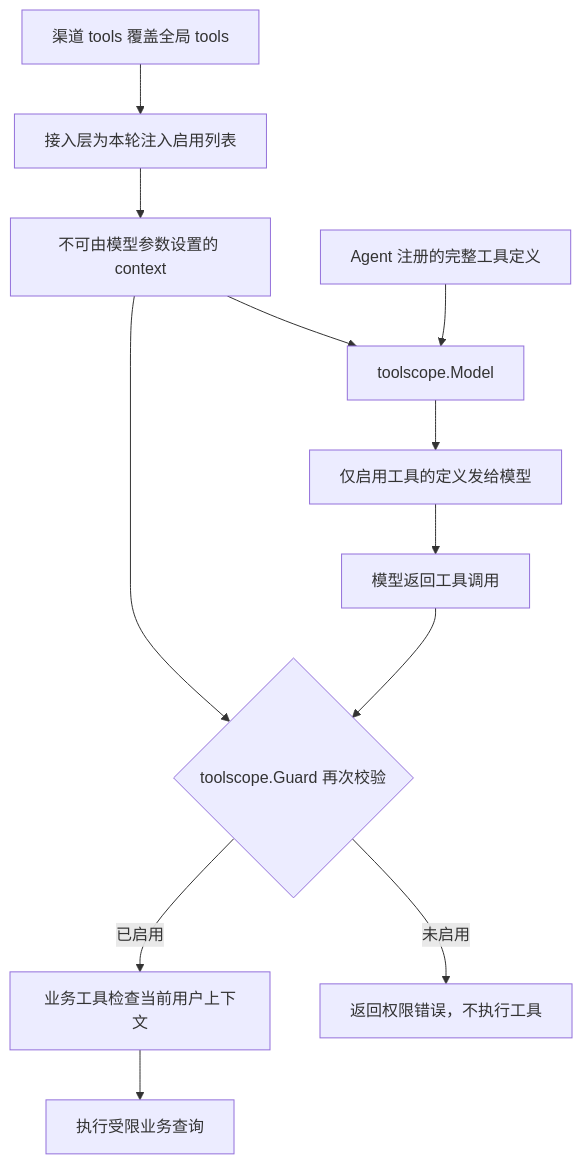
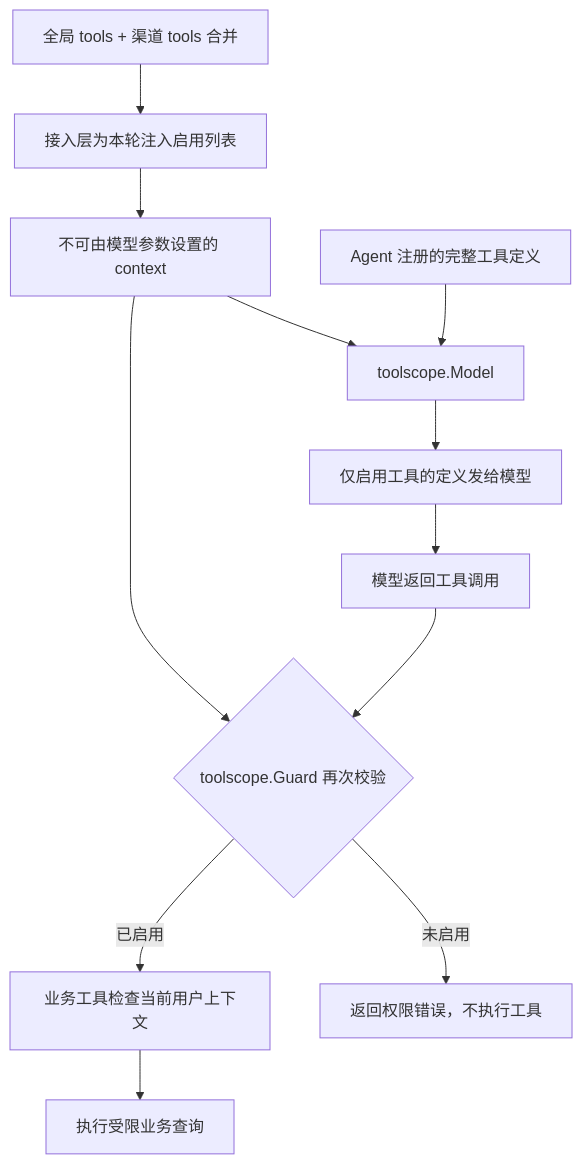
Before and after one commit to 111hell/tinkerbot: the fourth of 6 diagrams in docs/architecture.md, drawn with Mermaid. The commit also changed other lines of this file and 20 other files, not shown here.

````diff
--- a/docs/architecture.md
+++ b/docs/architecture.md
@@ -109,14 +109,14 @@
 ```mermaid
 flowchart TD
-    Config["渠道 tools 覆盖全局 tools"] --> Adapter["接入层为本轮注入启用列表"]
+    Config["全局 tools + 渠道 tools 合并"] --> Adapter["接入层为本轮注入启用列表"]
     Adapter --> Scope["不可由模型参数设置的 context"]
     Scope --> Filter["toolscope.Model"]
     All["Agent 注册的完整工具定义"] --> Filter
     Filter --> Visible["仅启用工具的定义发给模型"]
     Visible --> Call["模型返回工具调用"]
     Call --> Guard{"toolscope.Guard 再次校验"}
     Scope --> Guard
     Guard -->|未启用| Denied["返回权限错误，不执行工具"]
     Guard -->|已启用| Identity["业务工具检查当前用户上下文"]
     Identity --> Execute["执行受限业务查询"]
 ```
````
